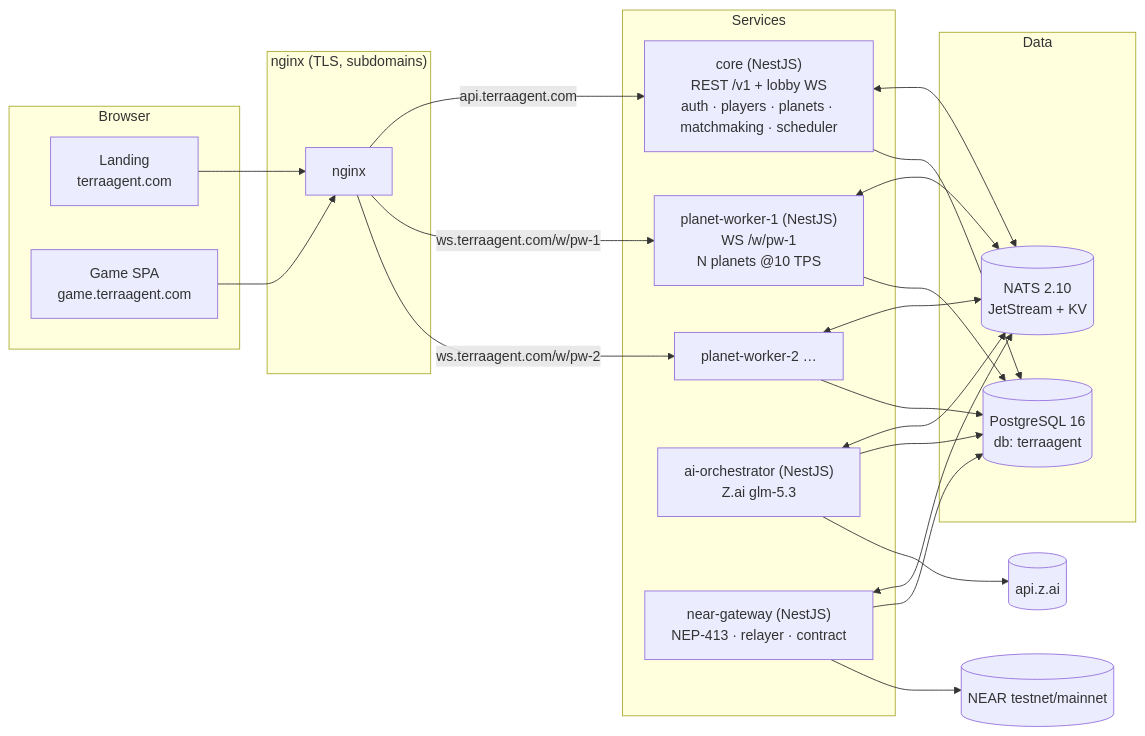
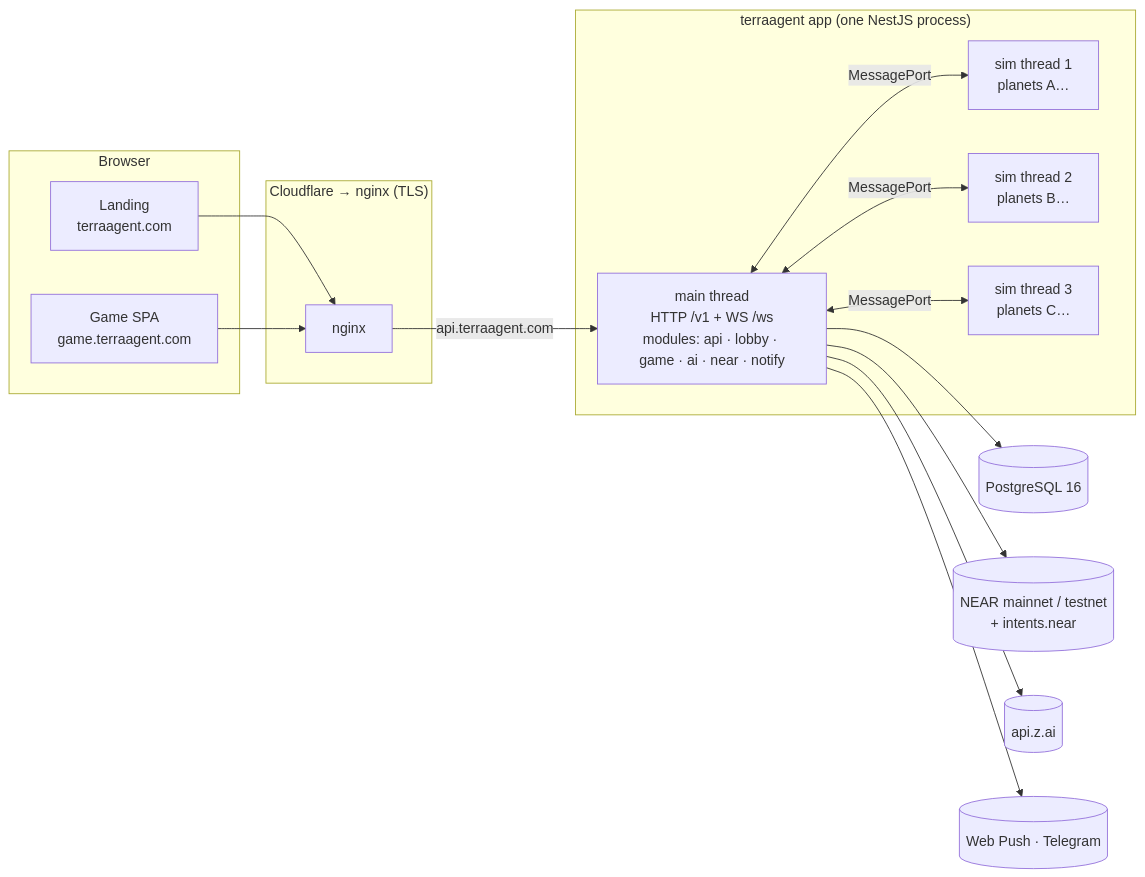
One commit to recferret-bit/terraagent changed the first of 3 diagrams in docs/spec/ARCHITECTURE.md. Above: the diagram before and after it, drawn with Mermaid. The commit also changed other lines of this file and 63 other files, not shown here.

````diff
--- a/docs/spec/ARCHITECTURE.md
+++ b/docs/spec/ARCHITECTURE.md
@@ -30,45 +31,34 @@
 ```mermaid
 flowchart LR
   subgraph Browser
     LAND["Landing<br/>terraagent.com"]
     GAME["Game SPA<br/>game.terraagent.com"]
   end
 
-  subgraph Edge["nginx (TLS, subdomains)"]
+  subgraph Edge["Cloudflare → nginx (TLS)"]
     NGX["nginx"]
   end
 
-  subgraph Services
-    CORE["core (NestJS)<br/>REST /v1 + lobby WS<br/>auth · players · planets · matchmaking · scheduler"]
-    W1["planet-worker-1 (NestJS)<br/>WS /w/pw-1<br/>N planets @10 TPS"]
-    W2["planet-worker-2 …"]
-    AI["ai-orchestrator (NestJS)<br/>Z.ai glm-5.3"]
-    NEAR["near-gateway (NestJS)<br/>NEP-413 · relayer · contract"]
+  subgraph App["terraagent app (one NestJS process)"]
+    MAIN["main thread<br/>HTTP /v1 + WS /ws<br/>modules: api · lobby · game · ai · near · notify"]
+    T1["sim thread 1<br/>planets A…"]
+    T2["sim thread 2<br/>planets B…"]
+    T3["sim thread 3<br/>planets C…"]
+    MAIN <-->|MessagePort| T1
+    MAIN <-->|MessagePort| T2
+    MAIN <-->|MessagePort| T3
   end
 
-  subgraph Data
-    PG[("PostgreSQL 16<br/>db: terraagent")]
-    NATS[("NATS 2.10<br/>JetStream + KV")]
-  end
-
-  CHAIN[("NEAR testnet/mainnet")]
+  PG[("PostgreSQL 16")]
+  CHAIN[("NEAR mainnet / testnet<br/>+ intents.near")]
   ZAI[("api.z.ai")]
+  PUSH[("Web Push · Telegram")]
 
   LAND --> NGX
   GAME --> NGX
-  NGX -->|api.terraagent.com| CORE
-  NGX -->|ws.terraagent.com/w/pw-1| W1
-  NGX -->|ws.terraagent.com/w/pw-2| W2
-  CORE <--> NATS
-  W1 <--> NATS
-  W2 <--> NATS
-  AI <--> NATS
-  NEAR <--> NATS
-  CORE --> PG
-  W1 --> PG
-  W2 --> PG
-  AI --> PG
-  NEAR --> PG
-  AI --> ZAI
-  NEAR --> CHAIN
+  NGX -->|api.terraagent.com| MAIN
+  MAIN --> PG
+  MAIN --> ZAI
+  MAIN --> CHAIN
+  MAIN --> PUSH
 ```
````
